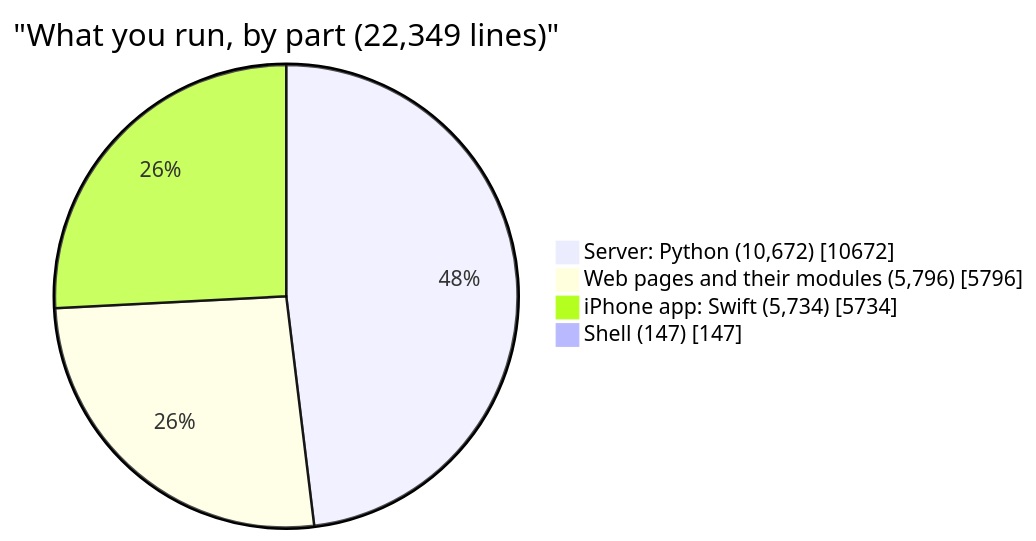
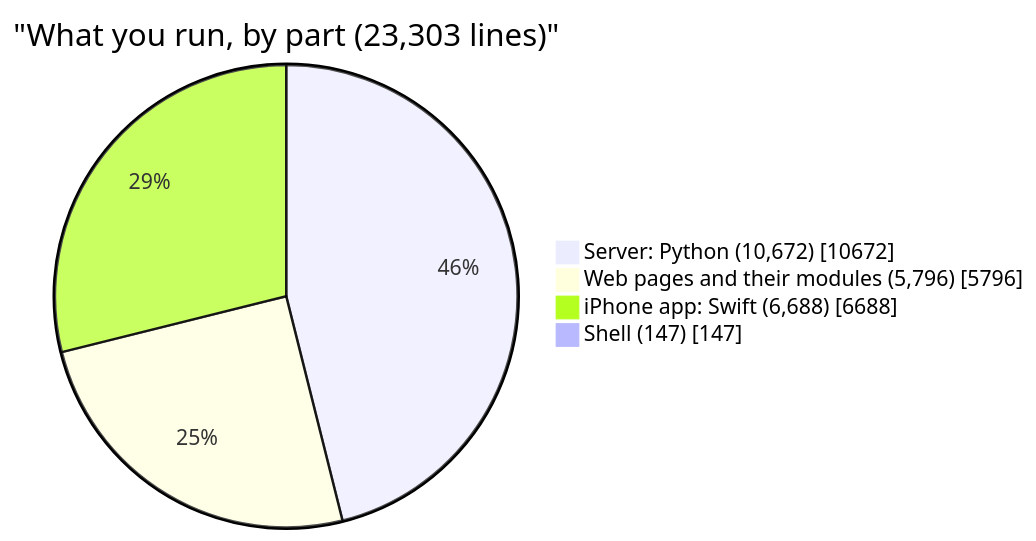
The first of 2 diagrams in docs/book/02-code-tour.md (jflam/photo-estate), drawn with Mermaid before and after one commit. The commit also changed other lines of this file and 31 other files, not shown here.

First line of the commit message:
Multiplayer phase 6: the phone gate, and the iPhone app's Inbox

````diff
--- a/docs/book/02-code-tour.md
+++ b/docs/book/02-code-tour.md
@@ -26,7 +26,7 @@
 ```mermaid
-pie showData title "What you run, by part (22,349 lines)"
+pie showData title "What you run, by part (23,303 lines)"
     "Server: Python (10,672)" : 10672
     "Web pages and their modules (5,796)" : 5796
-    "iPhone app: Swift (5,734)" : 5734
+    "iPhone app: Swift (6,688)" : 6688
     "Shell (147)" : 147
 ```
````
